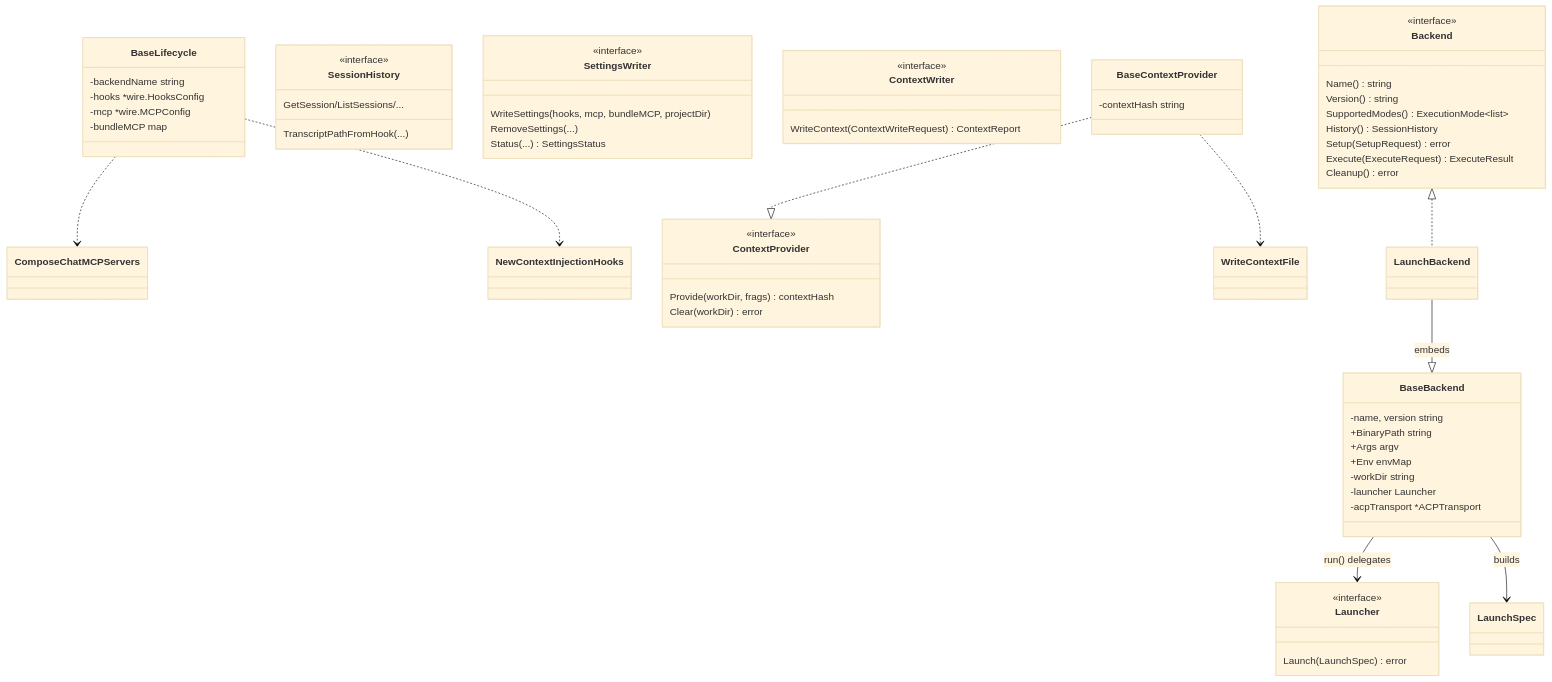
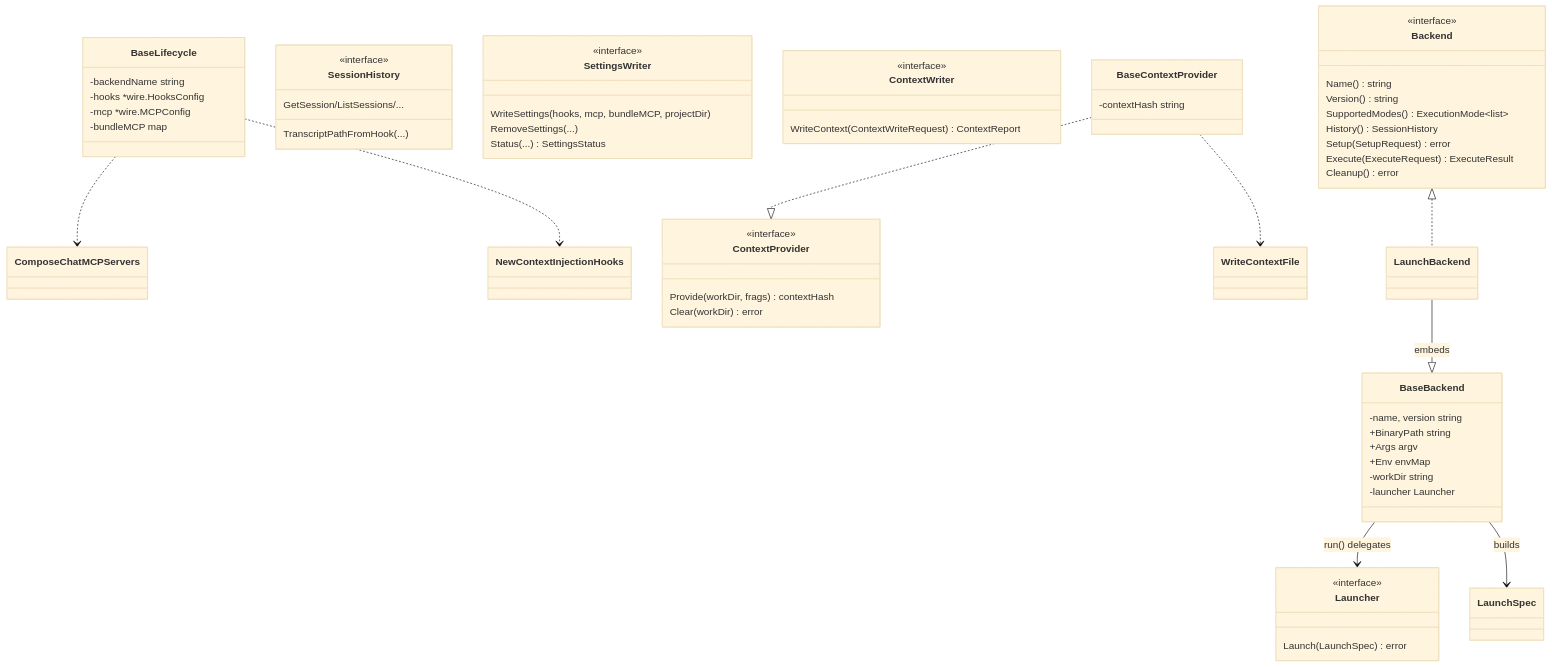
Before and after one commit to ctxloom/ctxloom: the diagram in docs/architecture/shared/agent-backend-contract.md, drawn with Mermaid (base theme). The commit also changed other lines of this file and 86 other files, not shown here.

````diff
--- a/docs/architecture/shared/agent-backend-contract.md
+++ b/docs/architecture/shared/agent-backend-contract.md
@@ -5,67 +5,66 @@
 ```mermaid
 classDiagram
     class Backend {
         <<interface>>
         Name() string
         Version() string
         SupportedModes() ExecutionMode~list~
         History() SessionHistory
         Setup(SetupRequest) error
         Execute(ExecuteRequest) ExecuteResult
         Cleanup() error
     }
     class ContextProvider {
         <<interface>>
         Provide(workDir, frags) contextHash
         Clear(workDir) error
     }
     class SessionHistory {
         <<interface>>
         GetSession/ListSessions/...
         TranscriptPathFromHook(...)
     }
     class SettingsWriter {
         <<interface>>
         WriteSettings(hooks, mcp, bundleMCP, projectDir)
         RemoveSettings(...)
         Status(...) SettingsStatus
     }
     class ContextWriter {
         <<interface>>
         WriteContext(ContextWriteRequest) ContextReport
     }
     class Launcher {
         <<interface>>
         Launch(LaunchSpec) error
     }
 
     class BaseBackend {
         -name, version string
         +BinaryPath string
         +Args argv
         +Env envMap
         -workDir string
         -launcher Launcher
-        -acpTransport *ACPTransport
     }
     class BaseLifecycle {
         -backendName string
         -hooks *wire.HooksConfig
         -mcp *wire.MCPConfig
         -bundleMCP map
     }
     class BaseContextProvider {
         -contextHash string
     }
 
     BaseBackend --> Launcher : run() delegates
     BaseBackend --> LaunchSpec : builds
     BaseContextProvider ..|> ContextProvider
     BaseLifecycle ..> ComposeChatMCPServers
     BaseLifecycle ..> NewContextInjectionHooks
     BaseContextProvider ..> WriteContextFile
 
     class LaunchBackend
     LaunchBackend --|> BaseBackend : embeds
     Backend <|.. LaunchBackend
 ```
````
